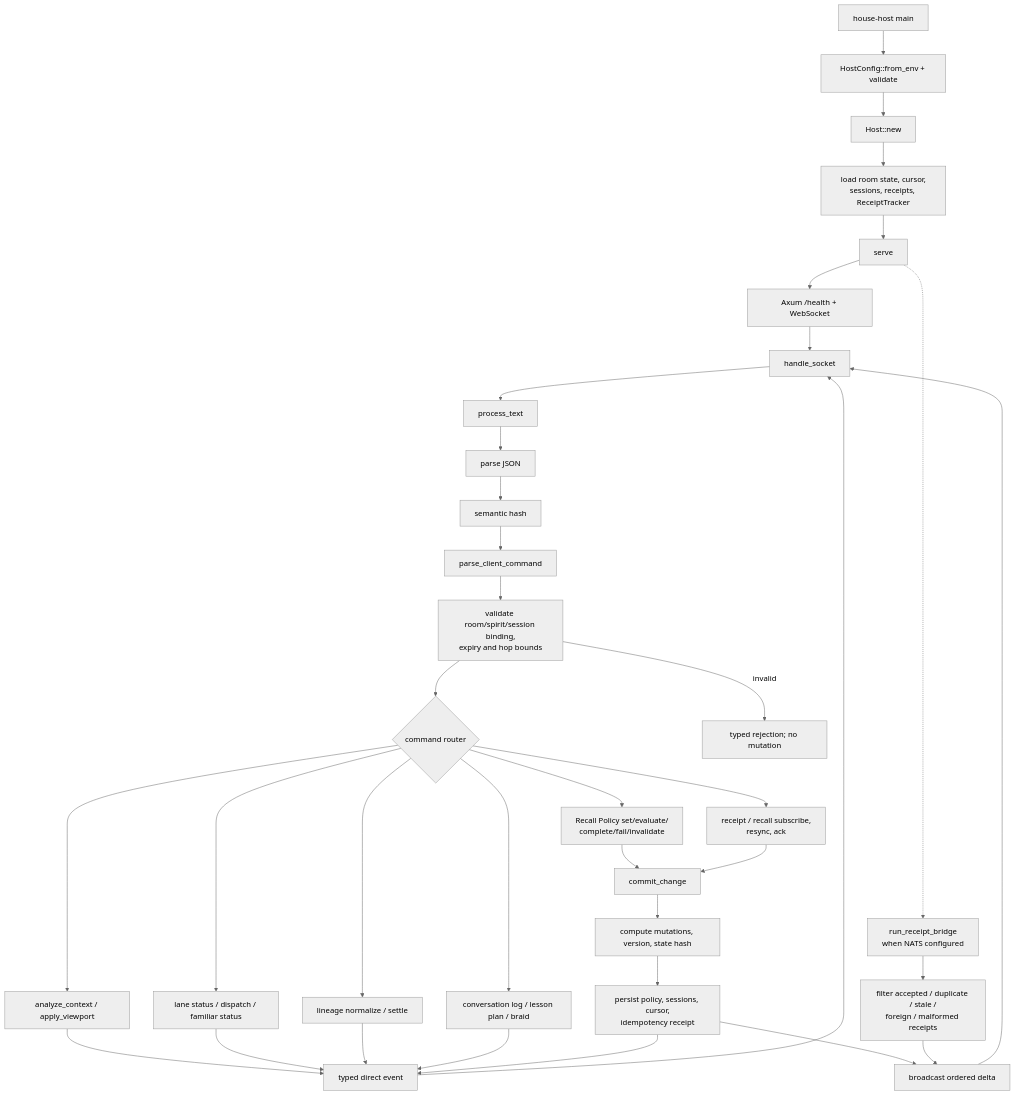
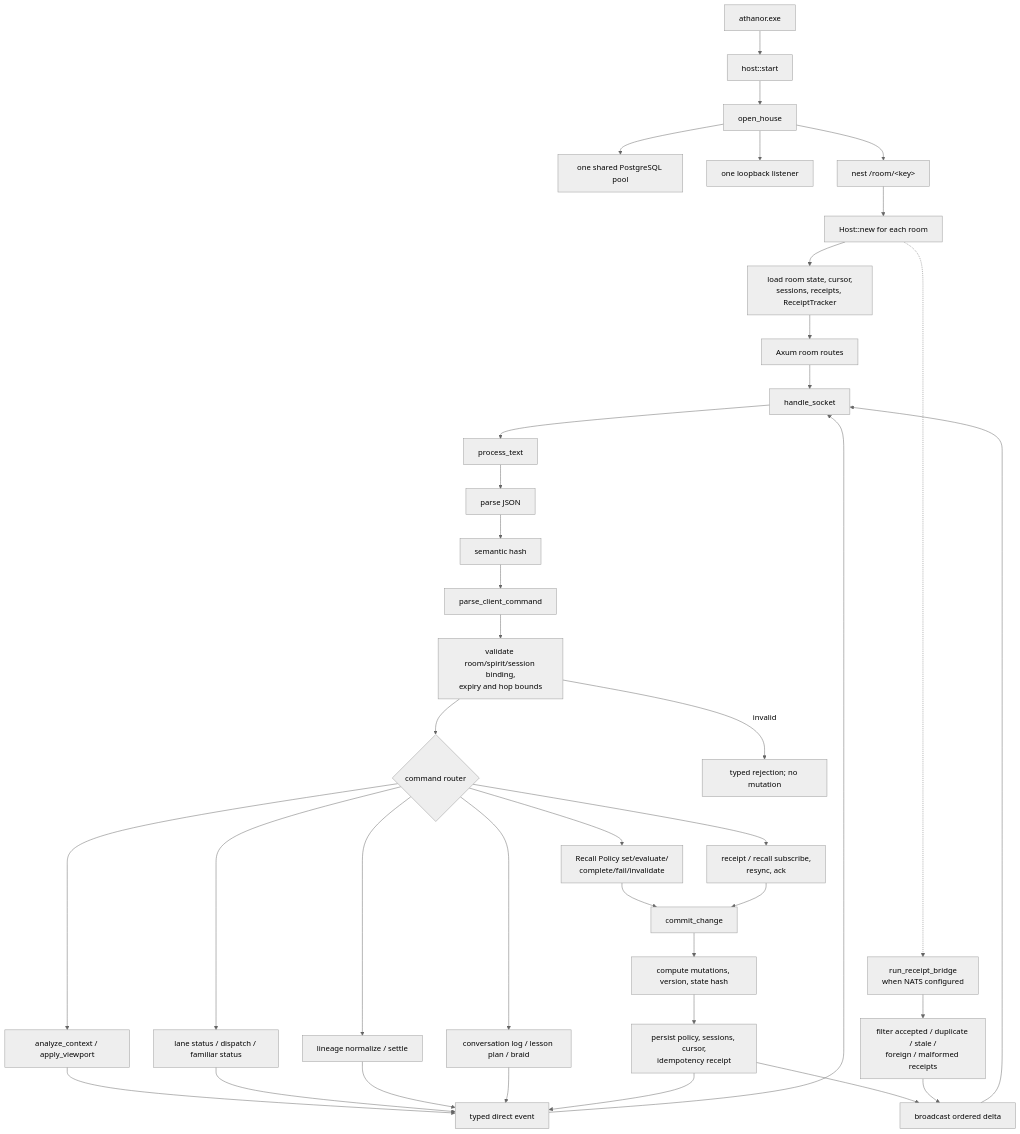
Before and after one commit to solarisael/the-athanor: the tenth of 16 diagrams in docs/CODE_FLOW_MAP.md, drawn with Mermaid (neutral theme). The commit also changed other lines of this file and 55 other files, not shown here.

First line of the commit message:
feat(app): athanor.exe owns one multi-room Host on one loopback listener

````diff
--- a/docs/CODE_FLOW_MAP.md
+++ b/docs/CODE_FLOW_MAP.md
@@ -434,42 +426,44 @@
 ```mermaid
 flowchart TD
-    Main["house-host main"] --> Config["HostConfig::from_env + validate"]
-    Config --> New["Host::new"]
+    App["athanor.exe"] --> Start["host::start"]
+    Start --> House["open_house"]
+    House --> Pool["one shared PostgreSQL pool"]
+    House --> Listener["one loopback listener"]
+    House --> Rooms["nest /room/&lt;key&gt;"]
+    Rooms --> New["Host::new for each room"]
     New --> Load["load room state, cursor,<br/>sessions, receipts, ReceiptTracker"]
-    Load --> Serve["serve"]
-    Serve --> Axum["Axum /health + WebSocket"]
-    Serve -.-> Bridge["run_receipt_bridge<br/>when NATS configured"]
-
+    Load --> Axum["Axum room routes"]
+    New -.-> Bridge["run_receipt_bridge<br/>when NATS configured"]
     Axum --> Socket["handle_socket"]
     Socket --> Text["process_text"]
     Text --> JSON["parse JSON"]
     JSON --> Hash["semantic hash"]
     Hash --> Parse["parse_client_command"]
     Parse --> Validate["validate room/spirit/session binding,<br/>expiry and hop bounds"]
     Validate --> Route{"command router"}
 
     Route --> Receipt["receipt / recall subscribe,<br/>resync, ack"]
     Route --> Policy["Recall Policy set/evaluate/<br/>complete/fail/invalidate"]
     Route --> Context["analyze_context / apply_viewport"]
     Route --> Routing["lane status / dispatch / familiar status"]
     Route --> Lineage["lineage normalize / settle"]
     Route --> Shell["conversation log / lesson plan / braid"]
 
     Policy --> Mutate["commit_change"]
     Receipt --> Mutate
     Context --> Reply["typed direct event"]
     Routing --> Reply
     Lineage --> Reply
     Shell --> Reply
 
     Mutate --> Version["compute mutations, version, state hash"]
     Version --> Store["persist policy, sessions, cursor,<br/>idempotency receipt"]
     Store --> Reply
     Store --> Delta["broadcast ordered delta"]
     Reply --> Socket
     Delta --> Socket
 
     Validate -->|"invalid"| Reject["typed rejection; no mutation"]
     Bridge --> Tracker["filter accepted / duplicate / stale /<br/>foreign / malformed receipts"]
     Tracker --> Delta
 ```
````
